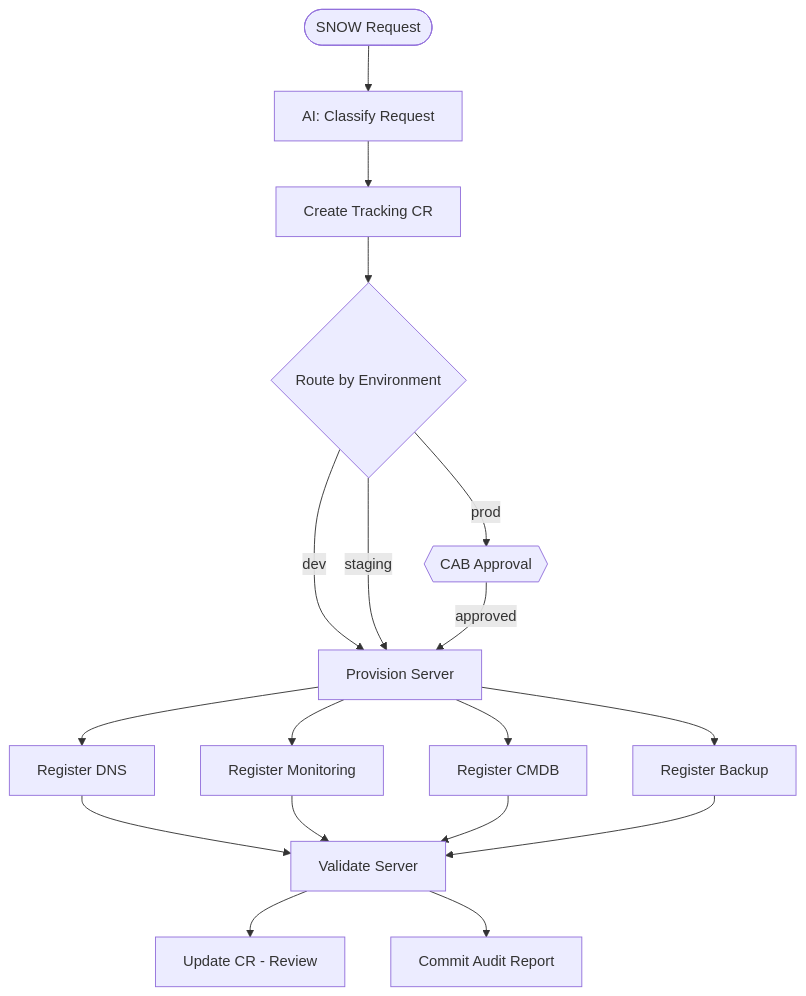
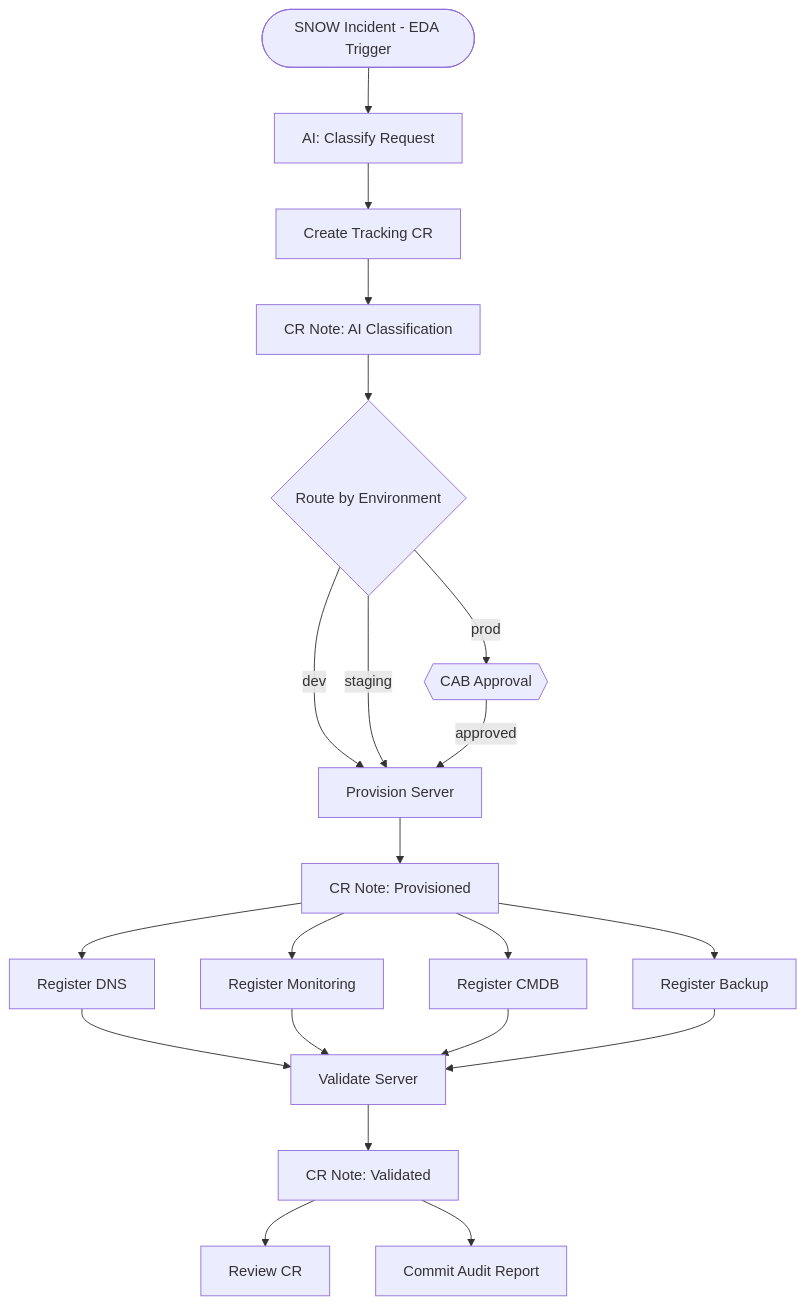
Before and after one commit to crenwick93/ao-overview-demo: the diagram in README.md, drawn with Mermaid. The commit also changed other lines of this file and 11 other files, not shown here.

First line of the commit message:
Redesign: two-part demo with EDA + live SNOW work notes

````diff
--- a/README.md
+++ b/README.md
@@ -24,24 +28,27 @@
 ```mermaid
 flowchart TD
-    trigger([SNOW Request]) --> ai[AI: Classify Request]
+    trigger([SNOW Incident - EDA Trigger]) --> ai[AI: Classify Request]
     ai --> cr[Create Tracking CR]
-    cr --> sw{Route by Environment}
+    cr --> note1[CR Note: AI Classification]
+    note1 --> sw{Route by Environment}
 
     sw -- dev --> provision[Provision Server]
     sw -- staging --> provision
     sw -- prod --> approval{{CAB Approval}}
     approval -- approved --> provision
 
-    provision --> dns[Register DNS]
-    provision --> mon[Register Monitoring]
-    provision --> cmdb[Register CMDB]
-    provision --> bak[Register Backup]
+    provision --> note2[CR Note: Provisioned]
+    note2 --> dns[Register DNS]
+    note2 --> mon[Register Monitoring]
+    note2 --> cmdb[Register CMDB]
+    note2 --> bak[Register Backup]
 
     dns --> validate[Validate Server]
     mon --> validate
     cmdb --> validate
     bak --> validate
 
-    validate --> review[Update CR - Review]
-    validate --> git[Commit Audit Report]
+    validate --> note3[CR Note: Validated]
+    note3 --> review[Review CR]
+    note3 --> git[Commit Audit Report]
 ```
````
